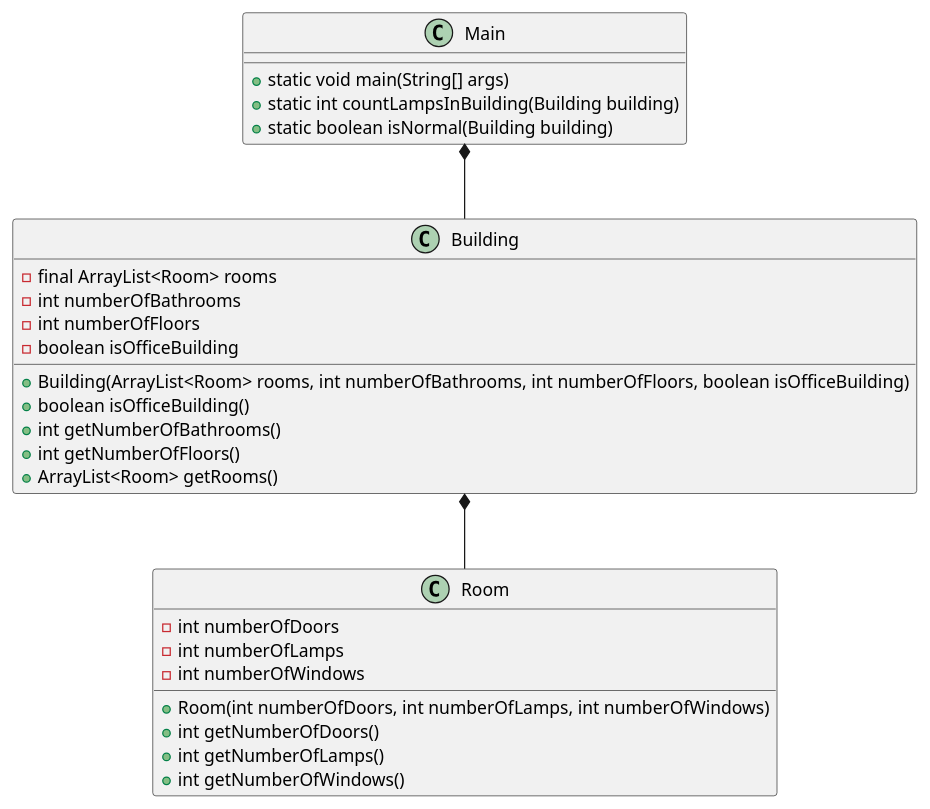
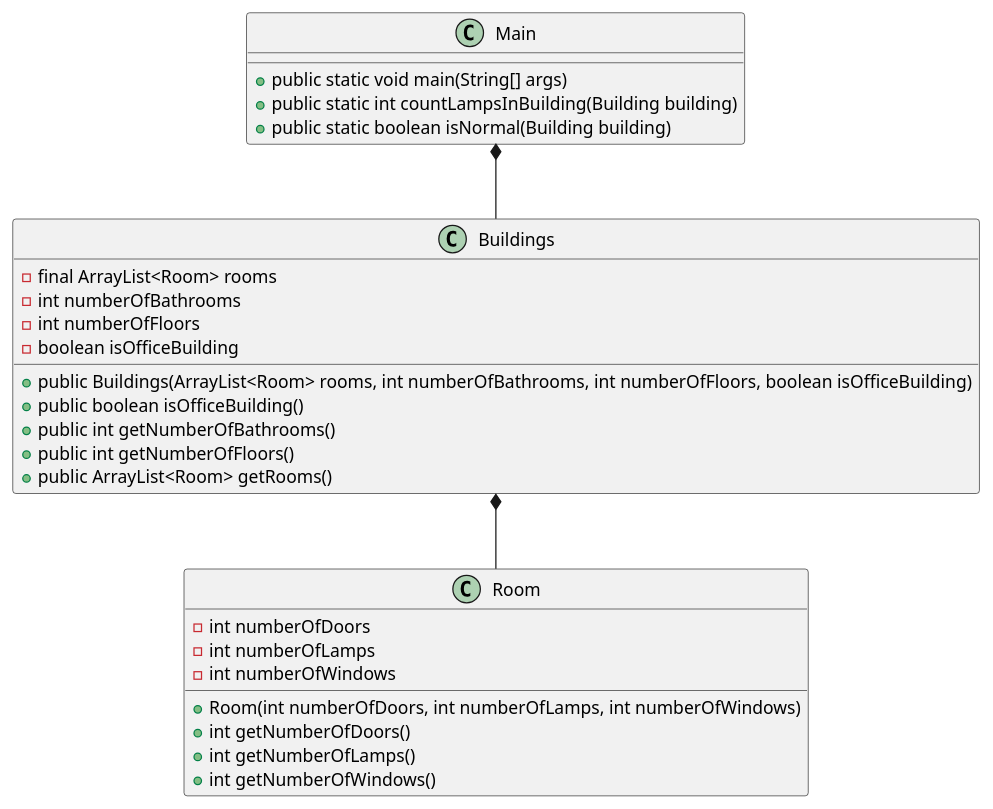
One commit to StylizedAce/Ugeopgave5-OOP changed the diagram in Documentation/BuildingsAndRooms.puml. Above: the diagram before and after it, drawn with PlantUML. The commit also changed 2 other files, not shown here.

```diff
--- a/Documentation/BuildingsAndRooms.puml
+++ b/Documentation/BuildingsAndRooms.puml
@@ -1,36 +1,36 @@
 @startuml
 
 class Main {
-    + static void main(String[] args)
-    + static int countLampsInBuilding(Building building)
-    + static boolean isNormal(Building building)
+    + public static void main(String[] args)
+    + public static int countLampsInBuilding(Building building)
+    + public static boolean isNormal(Building building)
 }
 
-class Building {
+class Buildings {
     - final ArrayList<Room> rooms
     - int numberOfBathrooms
     - int numberOfFloors
     - boolean isOfficeBuilding
 
-    + Building(ArrayList<Room> rooms, int numberOfBathrooms, int numberOfFloors, boolean isOfficeBuilding)
-    + boolean isOfficeBuilding()
-    + int getNumberOfBathrooms()
-    + int getNumberOfFloors()
-    + ArrayList<Room> getRooms()
+    + public Buildings(ArrayList<Room> rooms, int numberOfBathrooms, int numberOfFloors, boolean isOfficeBuilding)
+    + public boolean isOfficeBuilding()
+    + public int getNumberOfBathrooms()
+    + public int getNumberOfFloors()
+    + public ArrayList<Room> getRooms()
 }
 
 class Room {
     - int numberOfDoors
     - int numberOfLamps
     - int numberOfWindows
 
     + Room(int numberOfDoors, int numberOfLamps, int numberOfWindows)
     + int getNumberOfDoors()
     + int getNumberOfLamps()
     + int getNumberOfWindows()
 }
 
-Main *-- Building
-Building *-- Room
+Main *-- Buildings
+Buildings *-- Room
 
 @enduml
```
